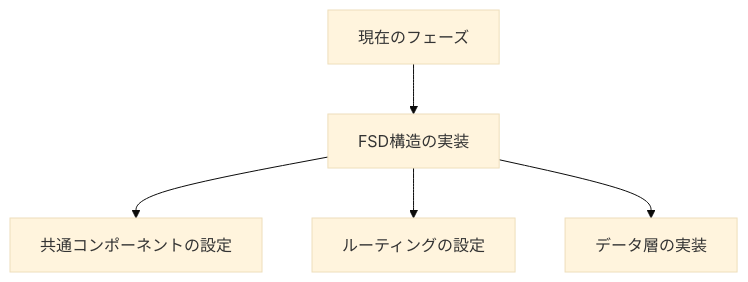
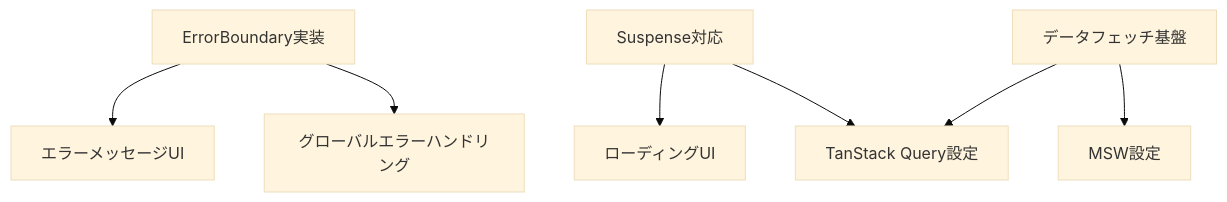
The diagram in memory-bank/activeContext.md (hushin-sandbox/try-rsbuild-tanstack), drawn with Mermaid (base theme) before and after one commit. The commit also changed other lines of this file and 4 other files, not shown here.

````diff
--- a/memory-bank/activeContext.md
+++ b/memory-bank/activeContext.md
@@ -24,7 +30,9 @@
 ```mermaid
 graph TD
-    A[現在のフェーズ] --> B[FSD構造の実装]
-    B --> C[共通コンポーネントの設定]
-    B --> D[ルーティングの設定]
-    B --> E[データ層の実装]
+    A[ErrorBoundary実装] --> B[エラーメッセージUI]
+    A --> C[グローバルエラーハンドリング]
+    D[Suspense対応] --> E[ローディングUI]
+    D --> F[TanStack Query設定]
+    G[データフェッチ基盤] --> F
+    G --> H[MSW設定]
 ```
````
